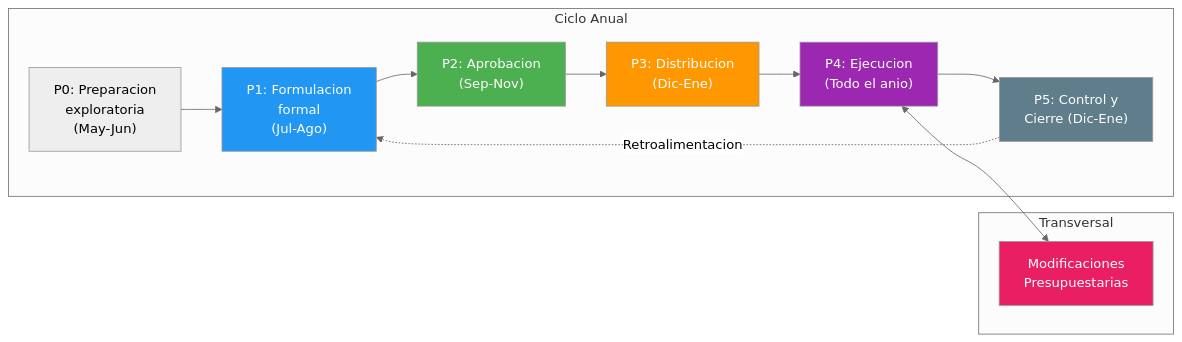
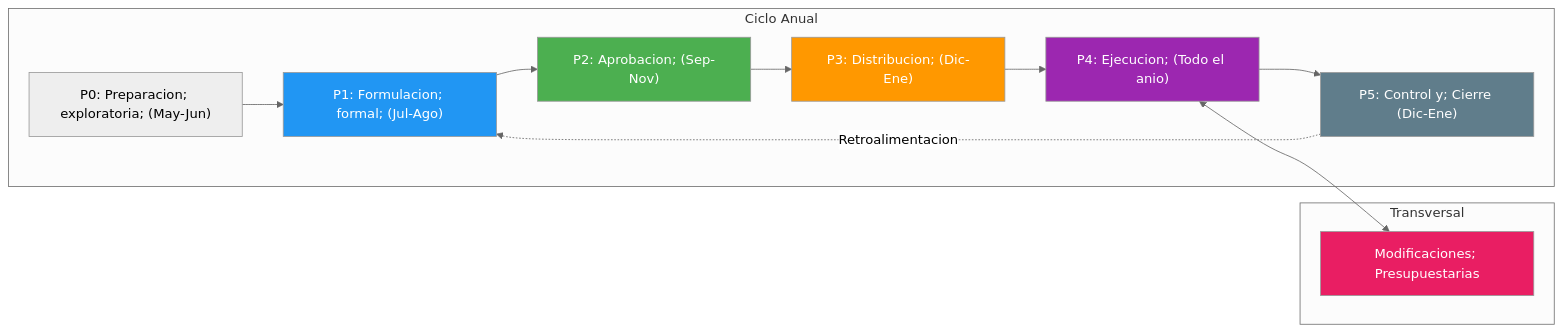
Before and after one commit to felix-antonio-sl/kora: the first of 2 diagrams in KNOWLEDGE/gn/kb/kb_gn_018_gestion_prpto_2026.md, drawn with Mermaid (neutral theme). The commit also changed other lines of this file and 1034 other files, not shown here.

````diff
--- a/KNOWLEDGE/gn/kb/kb_gn_018_gestion_prpto_2026.md
+++ b/KNOWLEDGE/gn/kb/kb_gn_018_gestion_prpto_2026.md
@@ -99,26 +109,26 @@
 ```mermaid
 flowchart LR
-    subgraph CICLO["Ciclo Anual"]
-        P0["P0: Preparacion<br/>exploratoria<br/>(May-Jun)"]
-        P1["P1: Formulacion<br/>formal<br/>(Jul-Ago)"]
-        P2["P2: Aprobacion<br/>(Sep-Nov)"]
-        P3["P3: Distribucion<br/>(Dic-Ene)"]
-        P4["P4: Ejecucion<br/>(Todo el anio)"]
-        P5["P5: Control y<br/>Cierre (Dic-Ene)"]
-    end
+ subgraph CICLO["Ciclo Anual"]
+ P0["P0: Preparacion; exploratoria; (May-Jun)"]
+ P1["P1: Formulacion; formal; (Jul-Ago)"]
+ P2["P2: Aprobacion; (Sep-Nov)"]
+ P3["P3: Distribucion; (Dic-Ene)"]
+ P4["P4: Ejecucion; (Todo el anio)"]
+ P5["P5: Control y; Cierre (Dic-Ene)"]
+ end
 
-    subgraph TRANSVERSAL["Transversal"]
-        PM["Modificaciones<br/>Presupuestarias"]
-    end
+ subgraph TRANSVERSAL["Transversal"]
+ PM["Modificaciones; Presupuestarias"]
+ end
 
-    P0 --> P1 --> P2 --> P3 --> P4 --> P5
-    P4 <--> PM
-    P5 -.->|"Retroalimentacion"| P1
+ P0 --> P1 --> P2 --> P3 --> P4 --> P5
+ P4 <--> PM
+ P5 -.->|"Retroalimentacion"| P1
 
-    style P1 fill:#2196F3,color:#fff
-    style P2 fill:#4CAF50,color:#fff
-    style P3 fill:#FF9800,color:#fff
-    style P4 fill:#9C27B0,color:#fff
-    style P5 fill:#607D8B,color:#fff
-    style PM fill:#E91E63,color:#fff
+ style P1 fill:#2196F3,color:#fff
+ style P2 fill:#4CAF50,color:#fff
+ style P3 fill:#FF9800,color:#fff
+ style P4 fill:#9C27B0,color:#fff
+ style P5 fill:#607D8B,color:#fff
+ style PM fill:#E91E63,color:#fff
 ```
````
